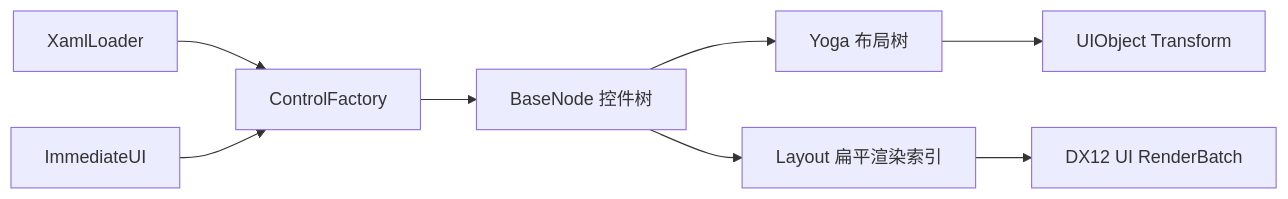
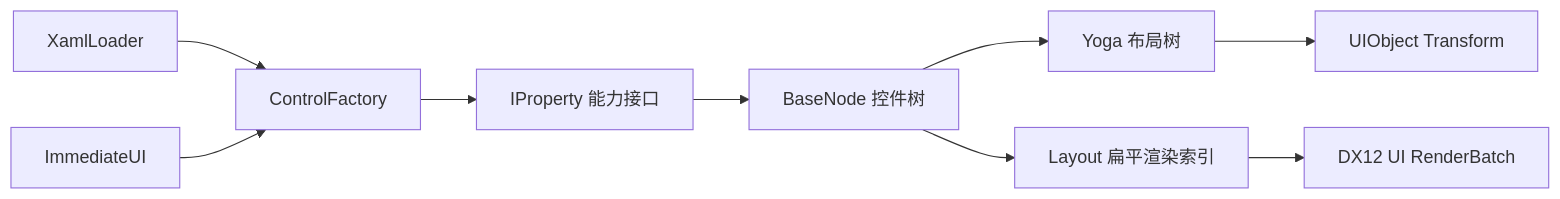
Before and after one commit to z8z6/slot: the diagram in docs/ui/README.md, drawn with Mermaid. The commit also changed other lines of this file and 36 other files, not shown here.

````diff
--- a/docs/ui/README.md
+++ b/docs/ui/README.md
@@ -5,10 +5,11 @@
 ```mermaid
 flowchart LR
     XAML[XamlLoader] --> Factory[ControlFactory]
     Immediate[ImmediateUI] --> Factory
-    Factory --> Tree[BaseNode 控件树]
+    Factory --> Property[IProperty 能力接口]
+    Property --> Tree[BaseNode 控件树]
     Tree --> Yoga[Yoga 布局树]
     Tree --> Index[Layout 扁平渲染索引]
     Yoga --> Transform[UIObject Transform]
     Index --> Batch[DX12 UI RenderBatch]
 ```
````
